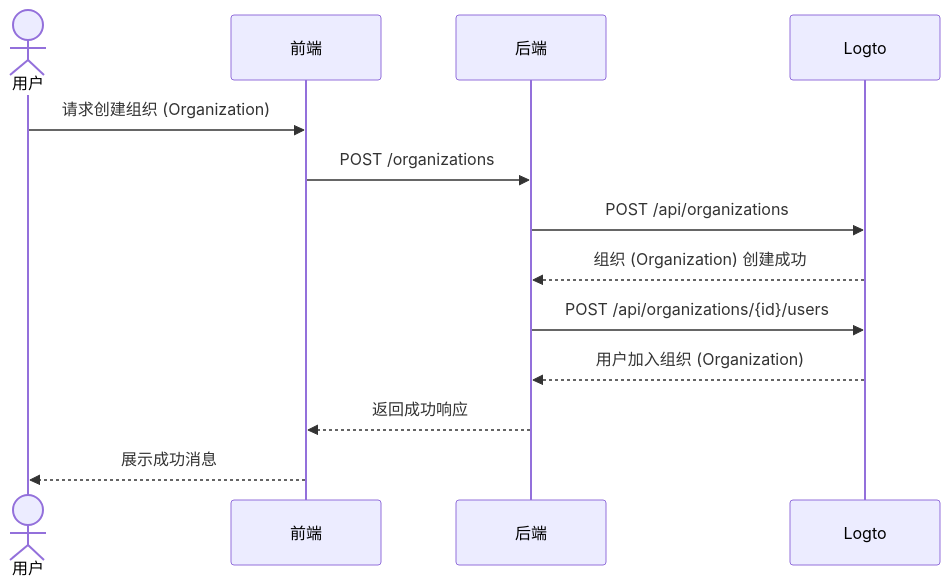
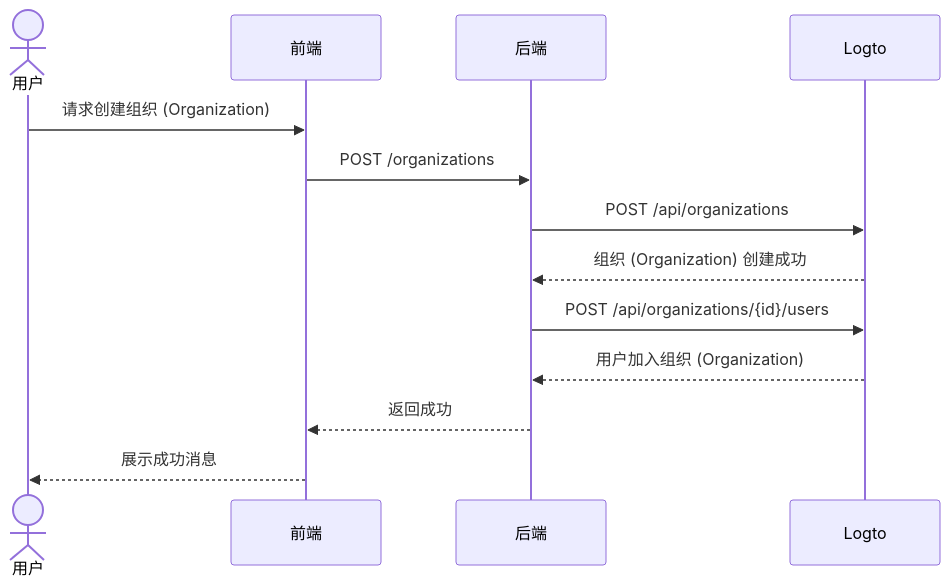
Before and after one commit to logto-io/docs: the seventh of 7 diagrams in i18n/zh-CN/docusaurus-plugin-content-docs/current/use-cases/multi-tenancy/build-multi-tenant-saas-application.mdx, drawn with Mermaid. The commit also changed other lines of this file and 74 other files, not shown here.

````diff
--- a/i18n/zh-CN/docusaurus-plugin-content-docs/current/use-cases/multi-tenancy/build-multi-tenant-saas-application.mdx
+++ b/i18n/zh-CN/docusaurus-plugin-content-docs/current/use-cases/multi-tenancy/build-multi-tenant-saas-application.mdx
@@ -572,16 +572,16 @@
 ```mermaid
 sequenceDiagram
   actor A as 用户
   participant B as 前端
   participant C as 后端
   participant D as Logto
 
   A->>B: 请求创建组织 (Organization)
   B->>C: POST /organizations
   C->>D: POST /api/organizations
   D-->>C: 组织 (Organization) 创建成功
   C->>D: POST /api/organizations/{id}/users
   D-->>C: 用户加入组织 (Organization)
-  C-->>B: 返回成功响应
+  C-->>B: 返回成功
   B-->>A: 展示成功消息
 ```
````
